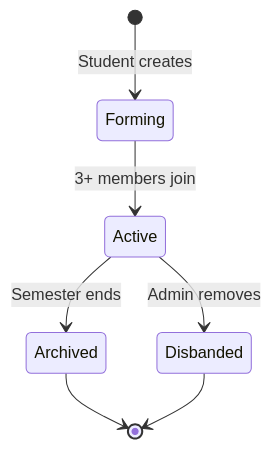
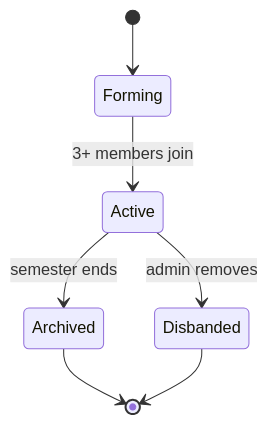
One commit to Amanda2026-crypto/smart-campus-connect changed the seventh of 8 diagrams in state-transition-diagrams.md. Above: the diagram before and after it, drawn with Mermaid. The commit also changed other lines of this file, not shown here.

````diff
--- a/state-transition-diagrams.md
+++ b/state-transition-diagrams.md
@@ -155,11 +325,9 @@
 ```mermaid
-
 stateDiagram-v2
-    [*] --> Forming: Student creates
-    Forming --> Active: 3+ members join
-    Active --> Archived: Semester ends
-    Active --> Disbanded: Admin removes
+    [*] --> Forming
+    Forming --> Active : 3+ members join
+    Active --> Archived : semester ends
+    Active --> Disbanded : admin removes
     Archived --> [*]
     Disbanded --> [*]
-
 ```
````
